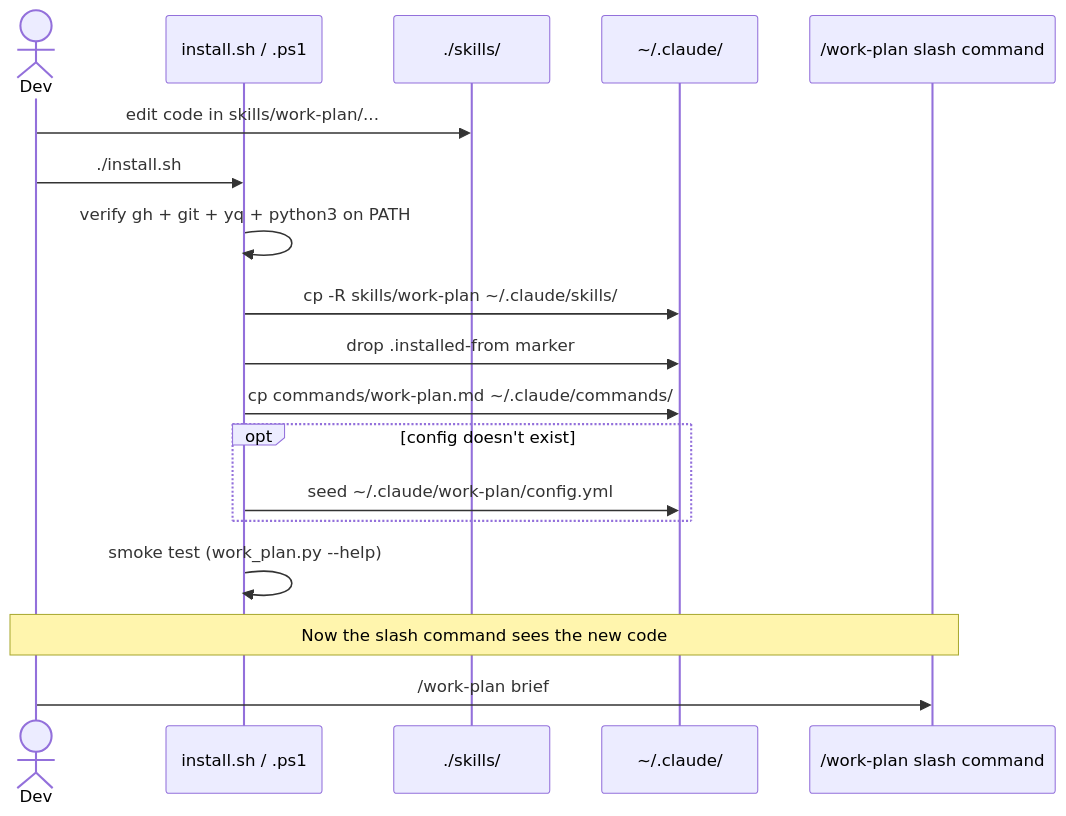
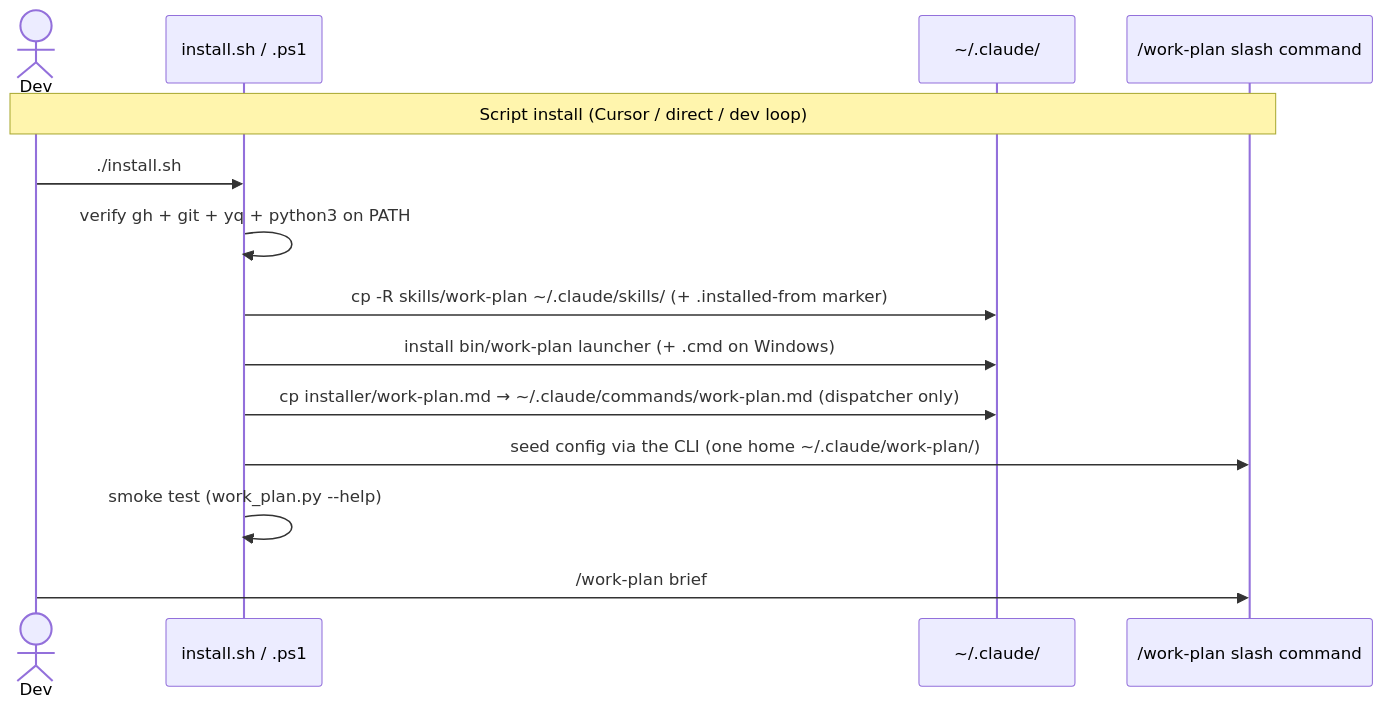
The sixth of 6 diagrams in docs/architecture/data-flow.md (stylusnexus/work-plan-toolkit), drawn with Mermaid before and after one commit. The commit also changed other lines of this file and 7 other files, not shown here.

First line of the commit message:
docs: refresh architecture + CONTRIBUTING + notes + shims for plugin era

````diff
--- a/docs/architecture/data-flow.md
+++ b/docs/architecture/data-flow.md
@@ -183,22 +198,17 @@
 ```mermaid
 sequenceDiagram
     actor Dev
     participant SH as install.sh / .ps1
-    participant Repo as ./skills/
     participant Home as ~/.claude/
     participant CLI as /work-plan slash command
 
-    Dev->>Repo: edit code in skills/work-plan/...
+    Note over Dev,CLI: Script install (Cursor / direct / dev loop)
     Dev->>SH: ./install.sh
     SH->>SH: verify gh + git + yq + python3 on PATH
-    SH->>Home: cp -R skills/work-plan ~/.claude/skills/
-    SH->>Home: drop .installed-from marker
-    SH->>Home: cp commands/work-plan.md ~/.claude/commands/
-    opt config doesn't exist
-        SH->>Home: seed ~/.claude/work-plan/config.yml
-    end
+    SH->>Home: cp -R skills/work-plan ~/.claude/skills/ (+ .installed-from marker)
+    SH->>Home: install bin/work-plan launcher (+ .cmd on Windows)
+    SH->>Home: cp installer/work-plan.md → ~/.claude/commands/work-plan.md  (dispatcher only)
+    SH->>CLI: seed config via the CLI (one home ~/.claude/work-plan/)
     SH->>SH: smoke test (work_plan.py --help)
-    Note over Dev,CLI: Now the slash command sees the new code
-
     Dev->>CLI: /work-plan brief
 ```
````
